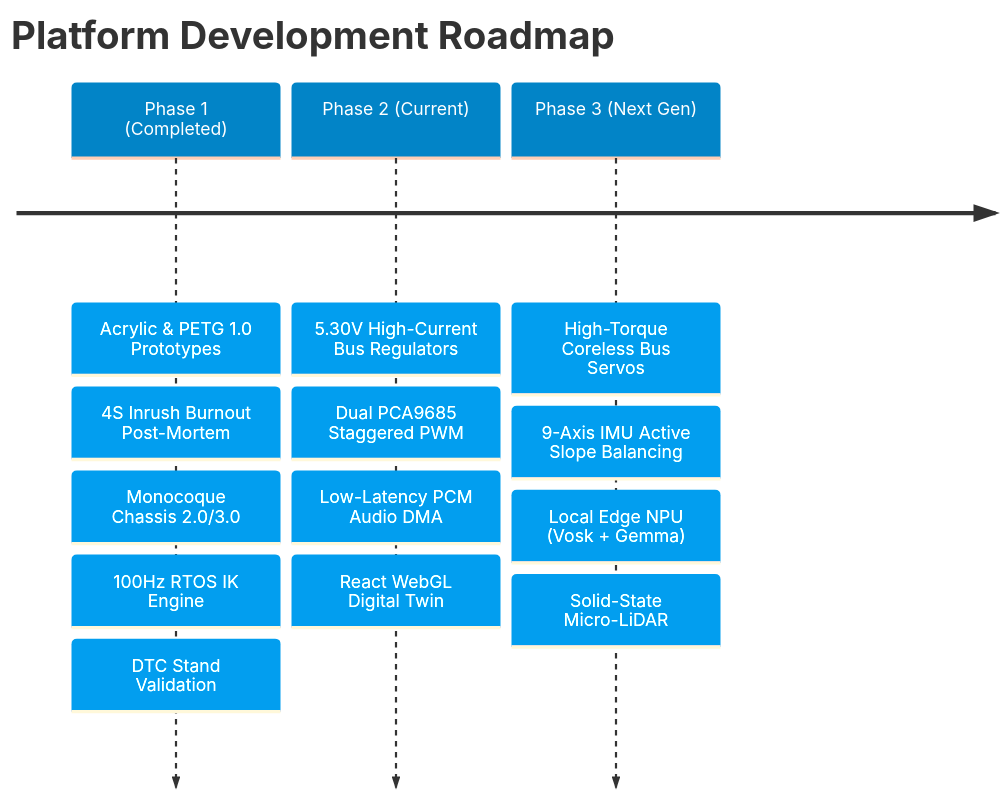
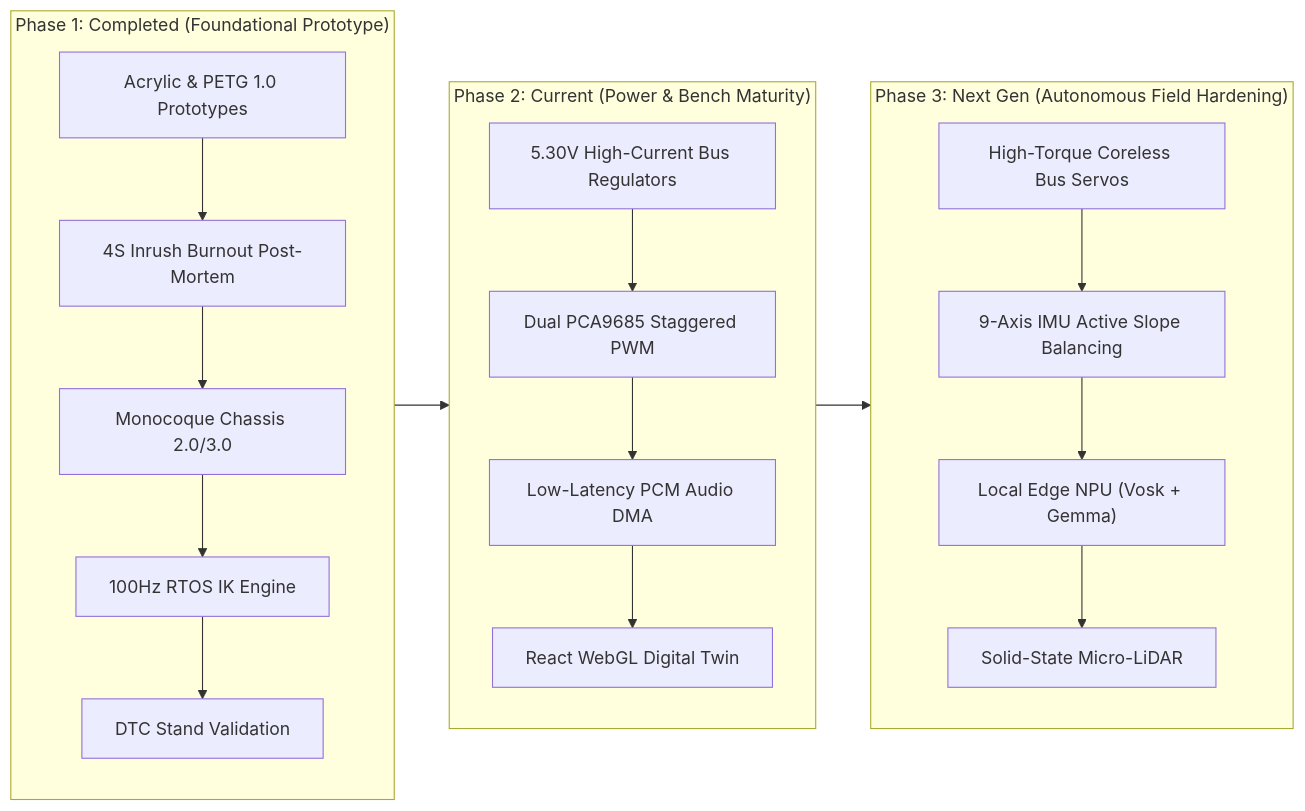
One commit to GrrGrrMan/spider-blog changed the fourth of 4 diagrams in src/content/docs/00-mission-and-intentions.md. Above: the diagram before and after it, drawn with Mermaid.

Commit message:
00 missions md fixed inconsistencies

````diff
--- a/src/content/docs/00-mission-and-intentions.md
+++ b/src/content/docs/00-mission-and-intentions.md
@@ -127,18 +127,32 @@
 ```mermaid
-%%{init: {
-  'theme': 'base',
-  'themeVariables': {
-    'cScale0': '#0284c7',
-    'cScaleLabel0': '#ffffff',
-    'cScale1': '#0284c7',
-    'cScaleLabel1': '#ffffff',
-    'cScale2': '#0284c7',
-    'cScaleLabel2': '#ffffff'
-  }
-}}%%
-timeline
-    title Platform Development Roadmap
-    Phase 1 (Completed) : Acrylic & PETG 1.0 Prototypes : 4S Inrush Burnout Post-Mortem : Monocoque Chassis 2.0/3.0 : 100Hz RTOS IK Engine : DTC Stand Validation
-    Phase 2 (Current)   : 5.30V High-Current Bus Regulators : Dual PCA9685 Staggered PWM : Low-Latency PCM Audio DMA : React WebGL Digital Twin
-    Phase 3 (Next Gen)  : High-Torque Coreless Bus Servos : 9-Axis IMU Active Slope Balancing : Local Edge NPU (Vosk + Gemma) : Solid-State Micro-LiDAR
+flowchart LR
+    subgraph Phase1 ["Phase 1: Completed (Foundational Prototype)"]
+        direction TB
+        P1_1["Acrylic & PETG 1.0 Prototypes"]
+        P1_2["4S Inrush Burnout Post-Mortem"]
+        P1_3["Monocoque Chassis 2.0/3.0"]
+        P1_4["100Hz RTOS IK Engine"]
+        P1_5["DTC Stand Validation"]
+        P1_1 --> P1_2 --> P1_3 --> P1_4 --> P1_5
+    end
+
+    subgraph Phase2 ["Phase 2: Current (Power & Bench Maturity)"]
+        direction TB
+        P2_1["5.30V High-Current Bus Regulators"]
+        P2_2["Dual PCA9685 Staggered PWM"]
+        P2_3["Low-Latency PCM Audio DMA"]
+        P2_4["React WebGL Digital Twin"]
+        P2_1 --> P2_2 --> P2_3 --> P2_4
+    end
+
+    subgraph Phase3 ["Phase 3: Next Gen (Autonomous Field Hardening)"]
+        direction TB
+        P3_1["High-Torque Coreless Bus Servos"]
+        P3_2["9-Axis IMU Active Slope Balancing"]
+        P3_3["Local Edge NPU (Vosk + Gemma)"]
+        P3_4["Solid-State Micro-LiDAR"]
+        P3_1 --> P3_2 --> P3_3 --> P3_4
+    end
+
+    Phase1 --> Phase2 --> Phase3
 ```
````
